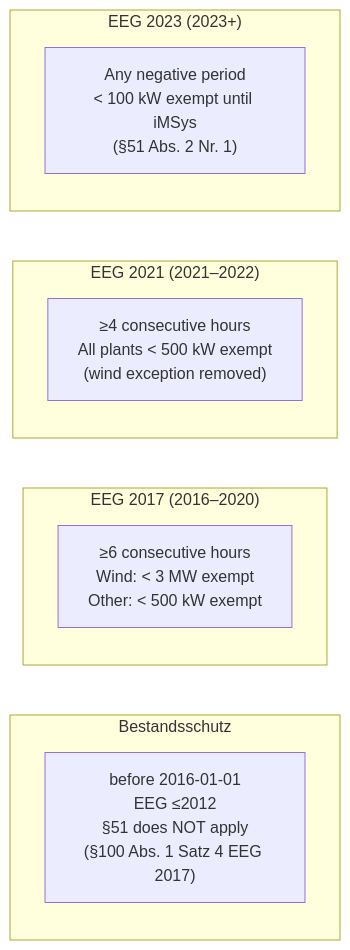
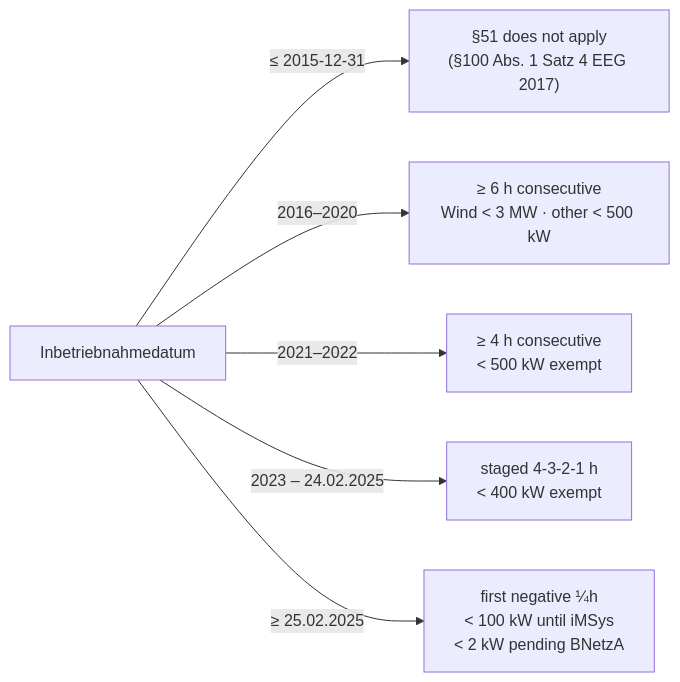
Before and after one commit to hupe1980/mako: the fifth of 8 diagrams in site/content/docs/services/einsd.md, drawn with Mermaid. The commit also changed other lines of this file and 42 other files, not shown here.

````diff
--- a/site/content/docs/services/einsd.md
+++ b/site/content/docs/services/einsd.md
@@ -357,15 +476,9 @@
 ```mermaid
 graph LR
-    subgraph Bestandsschutz
-        A["before 2016-01-01<br/>EEG ≤2012<br/>§51 does NOT apply<br/>(§100 Abs. 1 Satz 4 EEG 2017)"]
-    end
-    subgraph EEG2017["EEG 2017 (2016–2020)"]
-        B["≥6 consecutive hours<br/>Wind: < 3 MW exempt<br/>Other: < 500 kW exempt"]
-    end
-    subgraph EEG2021["EEG 2021 (2021–2022)"]
-        C["≥4 consecutive hours<br/>All plants < 500 kW exempt<br/>(wind exception removed)"]
-    end
-    subgraph EEG2023["EEG 2023 (2023+)"]
-        D["Any negative period<br/>< 100 kW exempt until iMSys<br/>(§51 Abs. 2 Nr. 1)"]
-    end
+    IBN["Inbetriebnahmedatum"]
+    IBN -->|"≤ 2015-12-31"| A["§51 does not apply<br/>(§100 Abs. 1 Satz 4 EEG 2017)"]
+    IBN -->|"2016–2020"| B["≥ 6 h consecutive<br/>Wind < 3 MW · other < 500 kW"]
+    IBN -->|"2021–2022"| C["≥ 4 h consecutive<br/>< 500 kW exempt"]
+    IBN -->|"2023 – 24.02.2025"| D["staged 4-3-2-1 h<br/>< 400 kW exempt"]
+    IBN -->|"≥ 25.02.2025"| E["first negative ¼h<br/>< 100 kW until iMSys<br/>< 2 kW pending BNetzA"]
 ```
````
